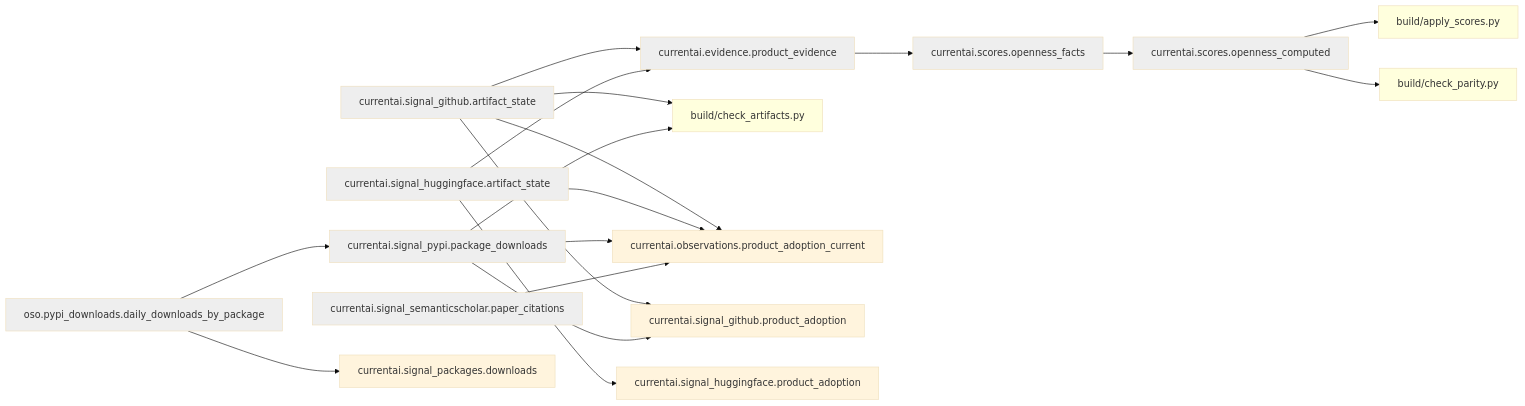
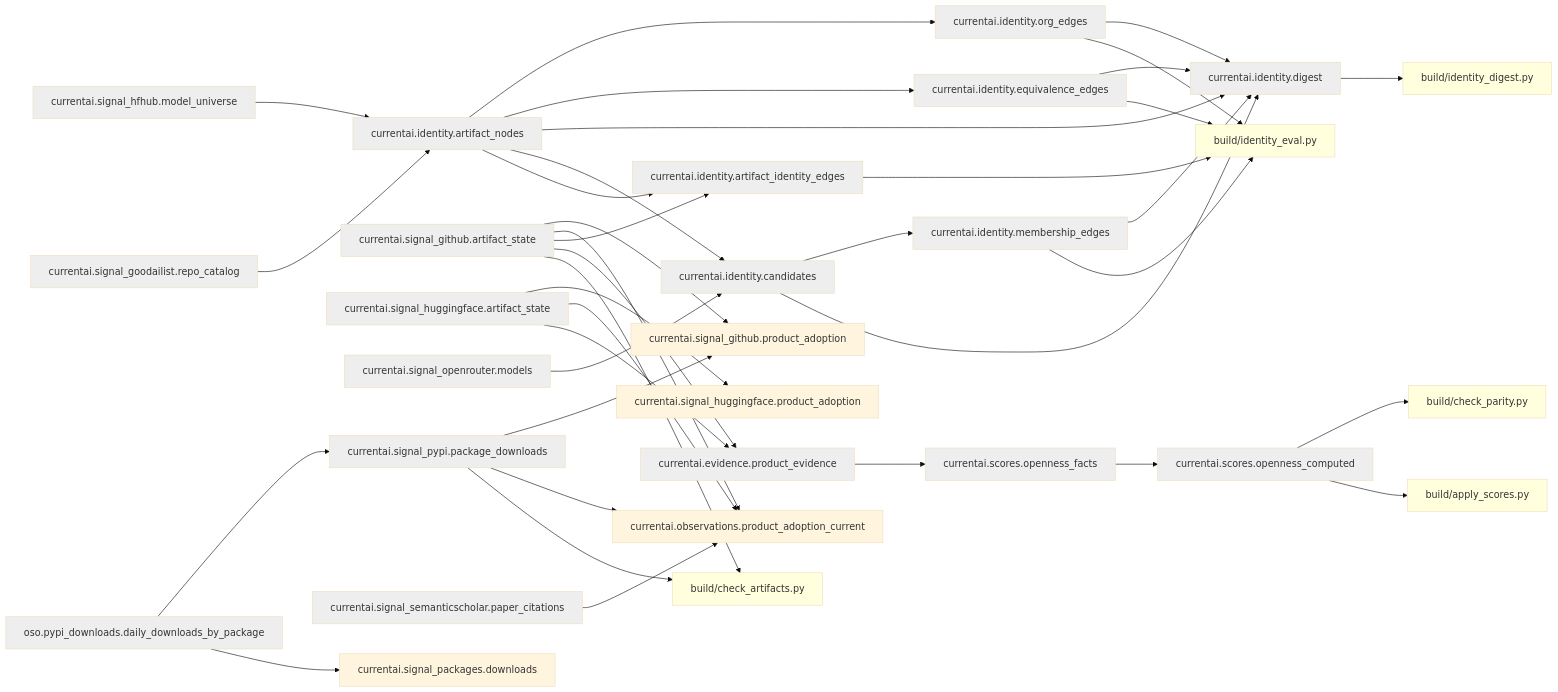
Before and after one commit to currentai-org/os-ai-map: the second of 3 diagrams in docs/architecture/current-state-dag.md, drawn with Mermaid (base theme). The commit also changed other lines of this file and 28 other files, not shown here.

First line of the commit message:
Mirror and contract the identity dataset models (#480)

````diff
--- a/docs/architecture/current-state-dag.md
+++ b/docs/architecture/current-state-dag.md
@@ -132,23 +132,42 @@
 ```mermaid
 graph LR
   currentai__evidence__product_evidence[currentai.evidence.product_evidence]:::dep --> currentai__scores__openness_facts[currentai.scores.openness_facts]:::dep
+  currentai__identity__artifact_identity_edges[currentai.identity.artifact_identity_edges]:::dep --> build/identity_eval__py[build/identity_eval.py]:::audit
+  currentai__identity__artifact_nodes[currentai.identity.artifact_nodes]:::dep --> currentai__identity__artifact_identity_edges[currentai.identity.artifact_identity_edges]:::dep
+  currentai__identity__artifact_nodes[currentai.identity.artifact_nodes]:::dep --> currentai__identity__candidates[currentai.identity.candidates]:::dep
+  currentai__identity__artifact_nodes[currentai.identity.artifact_nodes]:::dep --> currentai__identity__digest[currentai.identity.digest]:::dep
+  currentai__identity__artifact_nodes[currentai.identity.artifact_nodes]:::dep --> currentai__identity__equivalence_edges[currentai.identity.equivalence_edges]:::dep
+  currentai__identity__artifact_nodes[currentai.identity.artifact_nodes]:::dep --> currentai__identity__org_edges[currentai.identity.org_edges]:::dep
+  currentai__identity__candidates[currentai.identity.candidates]:::dep --> currentai__identity__digest[currentai.identity.digest]:::dep
+  currentai__identity__candidates[currentai.identity.candidates]:::dep --> currentai__identity__membership_edges[currentai.identity.membership_edges]:::dep
+  currentai__identity__digest[currentai.identity.digest]:::dep --> build/identity_digest__py[build/identity_digest.py]:::audit
+  currentai__identity__equivalence_edges[currentai.identity.equivalence_edges]:::dep --> build/identity_eval__py[build/identity_eval.py]:::audit
+  currentai__identity__equivalence_edges[currentai.identity.equivalence_edges]:::dep --> currentai__identity__digest[currentai.identity.digest]:::dep
+  currentai__identity__membership_edges[currentai.identity.membership_edges]:::dep --> build/identity_eval__py[build/identity_eval.py]:::audit
+  currentai__identity__membership_edges[currentai.identity.membership_edges]:::dep --> currentai__identity__digest[currentai.identity.digest]:::dep
+  currentai__identity__org_edges[currentai.identity.org_edges]:::dep --> build/identity_eval__py[build/identity_eval.py]:::audit
+  currentai__identity__org_edges[currentai.identity.org_edges]:::dep --> currentai__identity__digest[currentai.identity.digest]:::dep
   currentai__scores__openness_computed[currentai.scores.openness_computed]:::dep --> build/apply_scores__py[build/apply_scores.py]:::audit
   currentai__scores__openness_computed[currentai.scores.openness_computed]:::dep --> build/check_parity__py[build/check_parity.py]:::audit
   currentai__scores__openness_facts[currentai.scores.openness_facts]:::dep --> currentai__scores__openness_computed[currentai.scores.openness_computed]:::dep
   currentai__signal_github__artifact_state[currentai.signal_github.artifact_state]:::dep --> build/check_artifacts__py[build/check_artifacts.py]:::audit
   currentai__signal_github__artifact_state[currentai.signal_github.artifact_state]:::dep --> currentai__evidence__product_evidence[currentai.evidence.product_evidence]:::dep
+  currentai__signal_github__artifact_state[currentai.signal_github.artifact_state]:::dep --> currentai__identity__artifact_identity_edges[currentai.identity.artifact_identity_edges]:::dep
   currentai__signal_github__artifact_state[currentai.signal_github.artifact_state]:::dep --> currentai__observations__product_adoption_current[currentai.observations.product_adoption_current]
   currentai__signal_github__artifact_state[currentai.signal_github.artifact_state]:::dep --> currentai__signal_github__product_adoption[currentai.signal_github.product_adoption]
+  currentai__signal_goodailist__repo_catalog[currentai.signal_goodailist.repo_catalog]:::dep --> currentai__identity__artifact_nodes[currentai.identity.artifact_nodes]:::dep
+  currentai__signal_hfhub__model_universe[currentai.signal_hfhub.model_universe]:::dep --> currentai__identity__artifact_nodes[currentai.identity.artifact_nodes]:::dep
   currentai__signal_huggingface__artifact_state[currentai.signal_huggingface.artifact_state]:::dep --> currentai__evidence__product_evidence[currentai.evidence.product_evidence]:::dep
   currentai__signal_huggingface__artifact_state[currentai.signal_huggingface.artifact_state]:::dep --> currentai__observations__product_adoption_current[currentai.observations.product_adoption_current]
   currentai__signal_huggingface__artifact_state[currentai.signal_huggingface.artifact_state]:::dep --> currentai__signal_huggingface__product_adoption[currentai.signal_huggingface.product_adoption]
+  currentai__signal_openrouter__models[currentai.signal_openrouter.models]:::dep --> currentai__identity__candidates[currentai.identity.candidates]:::dep
   currentai__signal_pypi__package_downloads[currentai.signal_pypi.package_downloads]:::dep --> build/check_artifacts__py[build/check_artifacts.py]:::audit
   currentai__signal_pypi__package_downloads[currentai.signal_pypi.package_downloads]:::dep --> currentai__observations__product_adoption_current[currentai.observations.product_adoption_current]
   currentai__signal_pypi__package_downloads[currentai.signal_pypi.package_downloads]:::dep --> currentai__signal_github__product_adoption[currentai.signal_github.product_adoption]
   currentai__signal_semanticscholar__paper_citations[currentai.signal_semanticscholar.paper_citations]:::dep --> currentai__observations__product_adoption_current[currentai.observations.product_adoption_current]
   oso__pypi_downloads__daily_downloads_by_package[oso.pypi_downloads.daily_downloads_by_package]:::dep --> currentai__signal_packages__downloads[currentai.signal_packages.downloads]
   oso__pypi_downloads__daily_downloads_by_package[oso.pypi_downloads.daily_downloads_by_package]:::dep --> currentai__signal_pypi__package_downloads[currentai.signal_pypi.package_downloads]:::dep
   classDef dep fill:#eee;
   classDef audit fill:#ffd;
   classDef src fill:#def;
 ```
````
